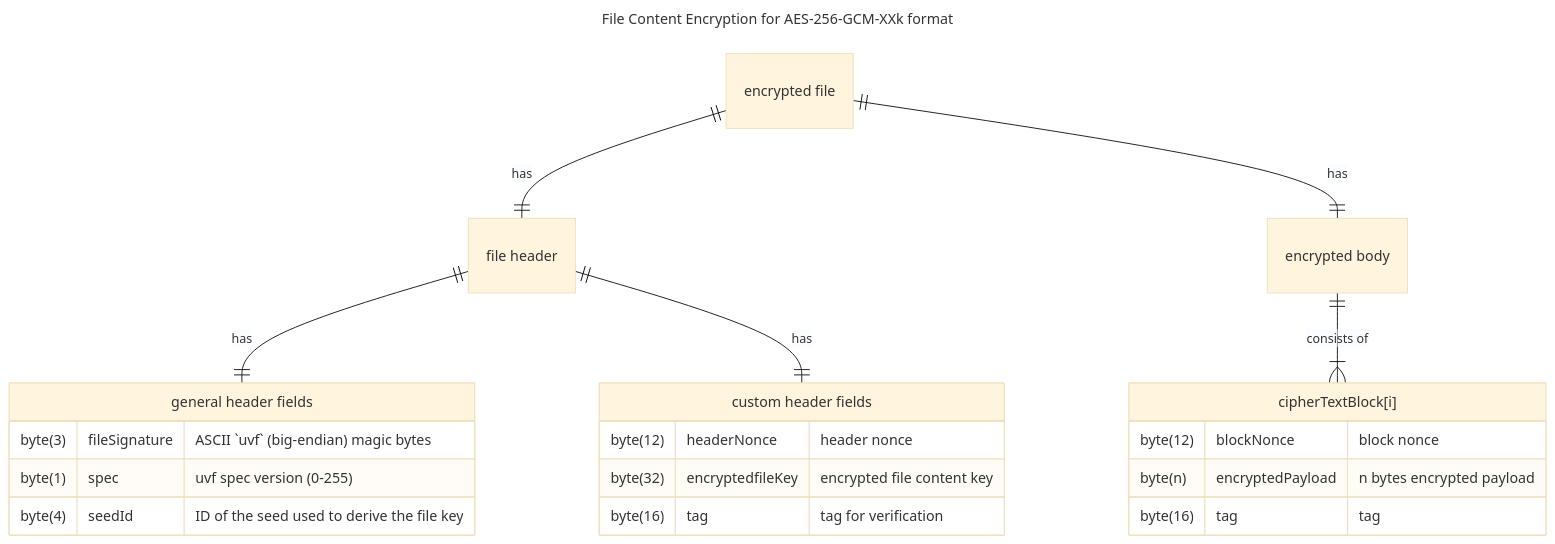
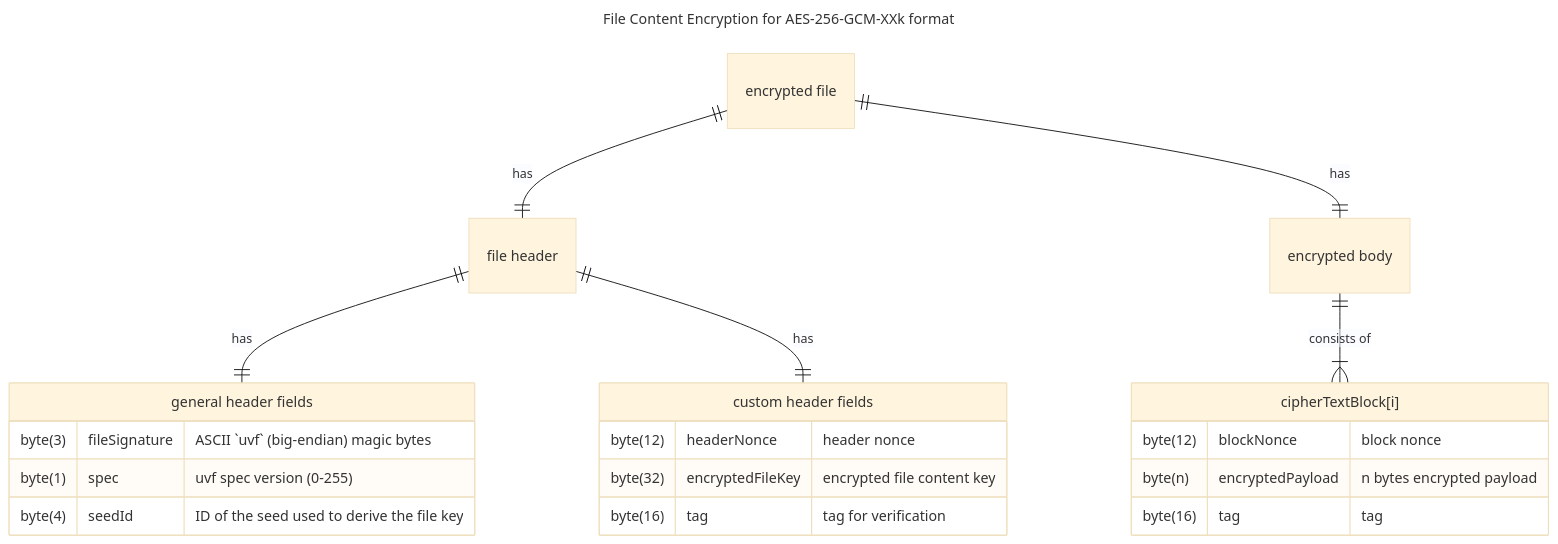
The second of 2 diagrams in file content encryption/AES-256-GCM.md (encryption-alliance/unified-vault-format), drawn with Mermaid (base theme) before and after one commit. The commit also changed other lines of this file, not shown here.

````diff
--- a/file content encryption/AES-256-GCM.md
+++ b/file content encryption/AES-256-GCM.md
@@ -66,34 +66,34 @@
 ```mermaid
 ---
 title: File Content Encryption for AES-256-GCM-XXk format
 ---
 erDiagram
     FILE["encrypted file"]
     FILE_HEADER["file header"]
     FILE_BODY["encrypted body"]
     FILE ||--|| FILE_HEADER: has
     FILE ||--|| FILE_BODY: has
 
     FILE_HEADER ||--|| GENERALHEADERFIELDS: has
     FILE_HEADER ||--|| CUSTOMHEADERFIELDS: has
 
     FILE_BODY ||--|{ CIPHERTEXTBLOCK: "consists of"
 
     GENERALHEADERFIELDS["general header fields"] {
         byte(3) fileSignature "ASCII `uvf` (big-endian) magic bytes"
         byte(1) spec "uvf spec version (0-255)"
         byte(4) seedId "ID of the seed used to derive the file key"
     }
 
     CUSTOMHEADERFIELDS["custom header fields"] {
         byte(12) headerNonce "header nonce"
-        byte(32) encryptedfileKey "encrypted file content key"
+        byte(32) encryptedFileKey "encrypted file content key"
         byte(16) tag "tag for verification"
     }
 
     CIPHERTEXTBLOCK["cipherTextBlock[i]"] {
         byte(12) blockNonce "block nonce"
         byte(n) encryptedPayload "n bytes encrypted payload"
         byte(16) tag "tag"
     }
 ```
````
